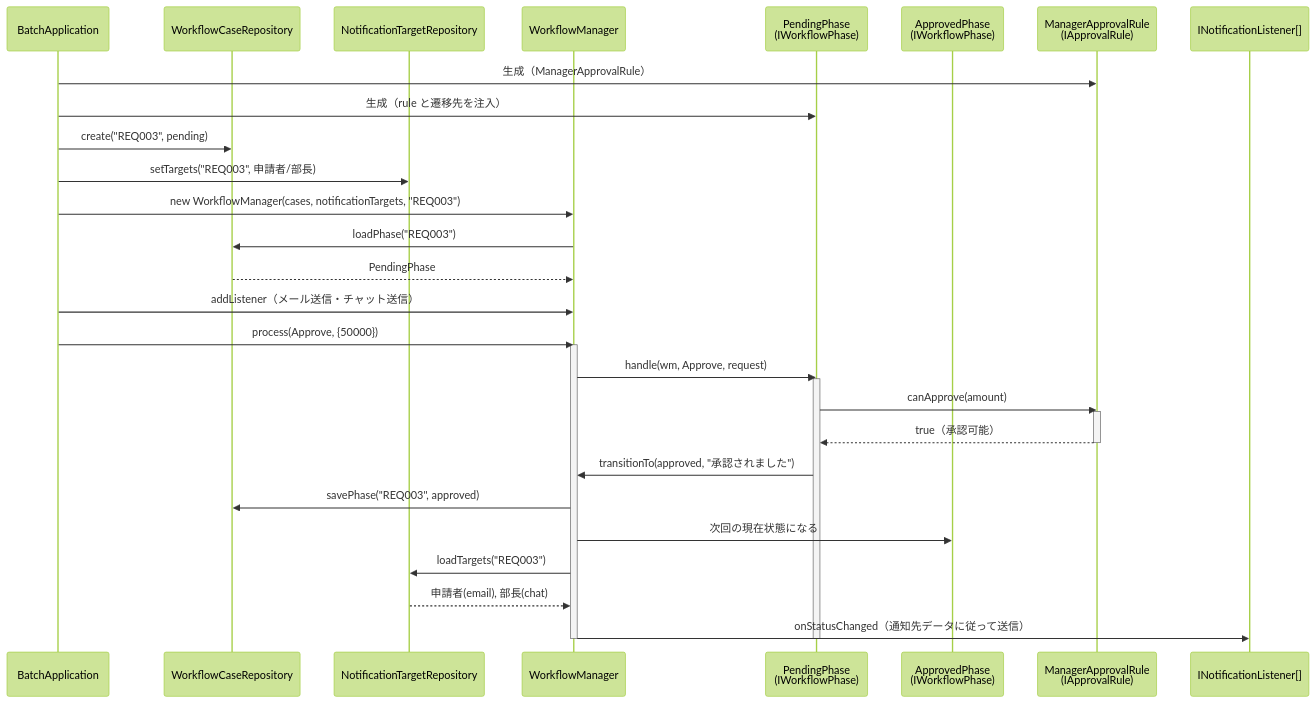
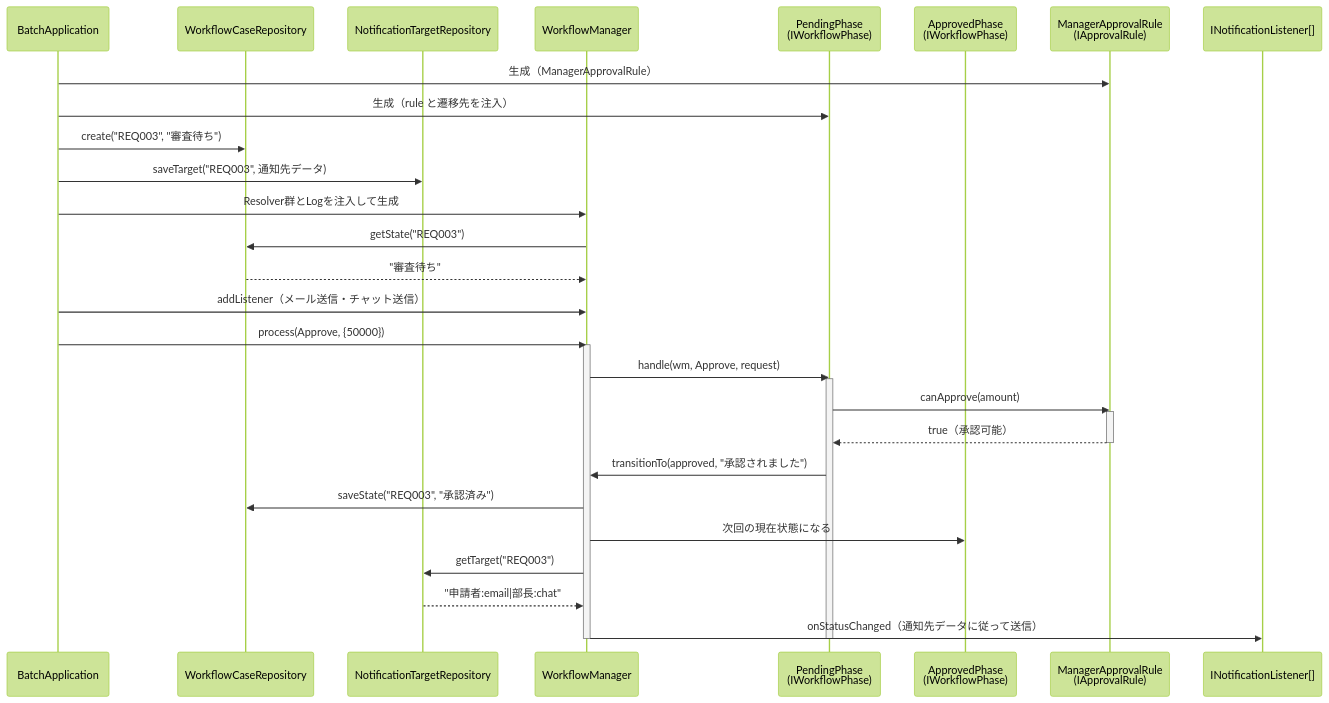
Diagram 13 of 17 in kindle/design-patterns/output/chapter12.md (kumachan1101-pixel/DesignPattern), drawn with Mermaid (forest theme) before and after one commit. The commit also changed other lines of this file and 18 other files, not shown here.

````diff
--- a/kindle/design-patterns/output/chapter12.md
+++ b/kindle/design-patterns/output/chapter12.md
@@ -2259,36 +2454,36 @@
 ```mermaid
 sequenceDiagram
     participant B as BatchApplication
     participant C as WorkflowCaseRepository
     participant N as NotificationTargetRepository
     participant WM as WorkflowManager
     participant P as PendingPhase<br/>(IWorkflowPhase)
     participant A as ApprovedPhase<br/>(IWorkflowPhase)
     participant R as ManagerApprovalRule<br/>(IApprovalRule)
     participant L as INotificationListener[]
 
     B->>R: 生成（ManagerApprovalRule）
     B->>P: 生成（rule と遷移先を注入）
-    B->>C: create("REQ003", pending)
-    B->>N: setTargets("REQ003", 申請者/部長)
-    B->>WM: new WorkflowManager(cases, notificationTargets, "REQ003")
-    WM->>C: loadPhase("REQ003")
-    C-->>WM: PendingPhase
+    B->>C: create("REQ003", "審査待ち")
+    B->>N: saveTarget("REQ003", 通知先データ)
+    B->>WM: Resolver群とLogを注入して生成
+    WM->>C: getState("REQ003")
+    C-->>WM: "審査待ち"
     B->>WM: addListener（メール送信・チャット送信）
     B->>WM: process(Approve, {50000})
     activate WM
     WM->>P: handle(wm, Approve, request)
     activate P
     P->>R: canApprove(amount)
     activate R
     R-->>P: true（承認可能）
     deactivate R
     P->>WM: transitionTo(approved, "承認されました")
-    WM->>C: savePhase("REQ003", approved)
+    WM->>C: saveState("REQ003", "承認済み")
     WM->>A: 次回の現在状態になる
-    WM->>N: loadTargets("REQ003")
-    N-->>WM: 申請者(email), 部長(chat)
+    WM->>N: getTarget("REQ003")
+    N-->>WM: "申請者:email|部長:chat"
     WM->>L: onStatusChanged（通知先データに従って送信）
     deactivate P
     deactivate WM
 ```
````
